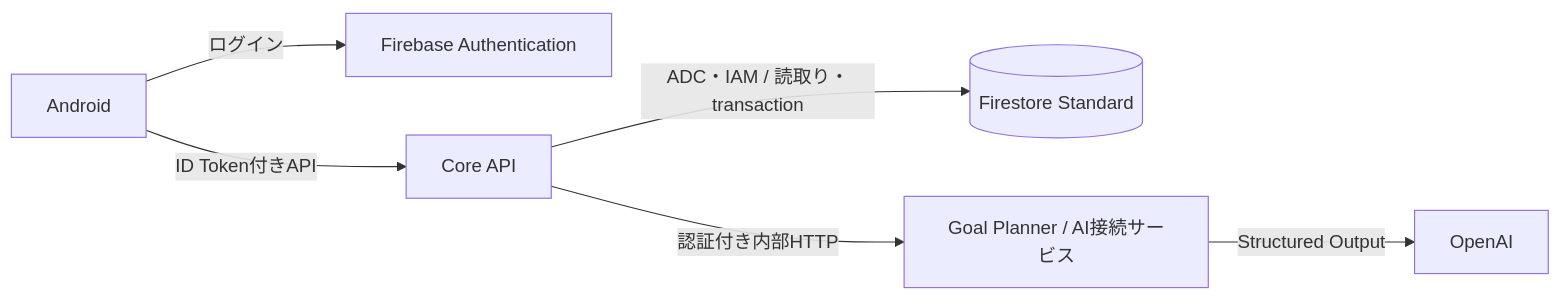
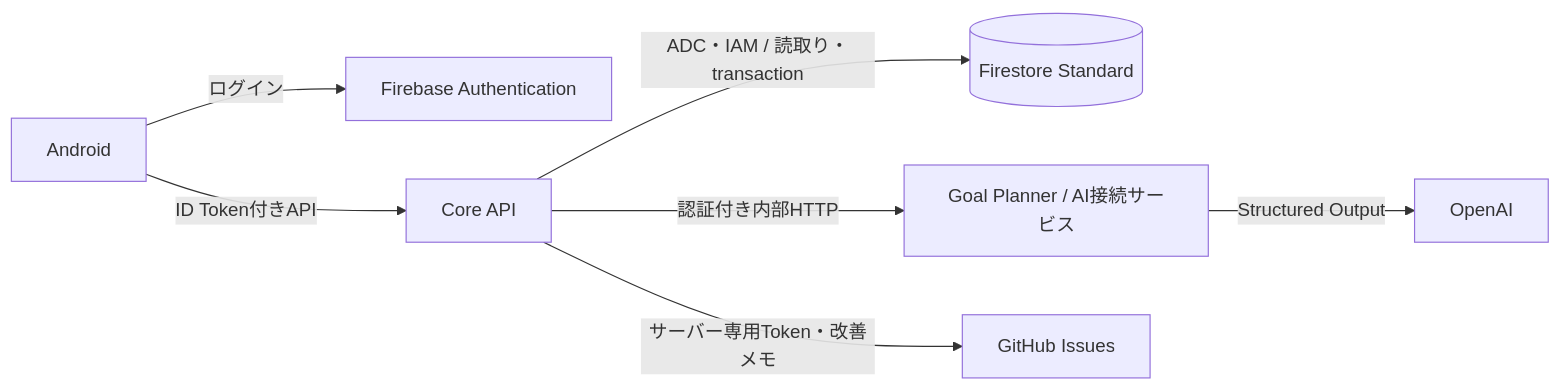
Before and after one commit to Yoshiki-Takahashi/life_agent: the diagram in docs/system-architecture.md, drawn with Mermaid. The commit also changed other lines of this file and 33 other files, not shown here.

Commit message:
feat: send in-app feedback to GitHub Issues

````diff
--- a/docs/system-architecture.md
+++ b/docs/system-architecture.md
@@ -5,8 +5,9 @@
 ```mermaid
 flowchart LR
     App[Android] -->|ログイン| Auth[Firebase Authentication]
     App -->|ID Token付きAPI| Core[Core API]
     Core -->|ADC・IAM / 読取り・transaction| DB[(Firestore Standard)]
     Core -->|認証付き内部HTTP| AI[Goal Planner / AI接続サービス]
+    Core -->|サーバー専用Token・改善メモ| GitHub[GitHub Issues]
     AI -->|Structured Output| Provider[OpenAI]
 ```
````
